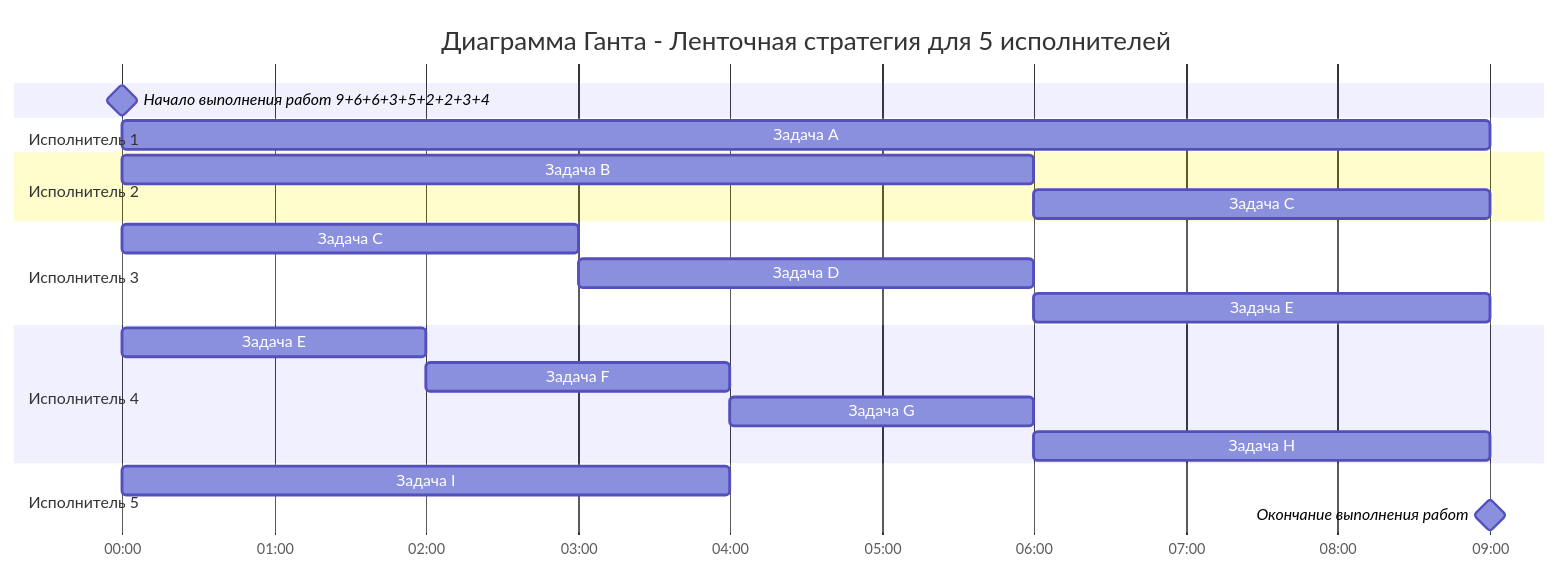
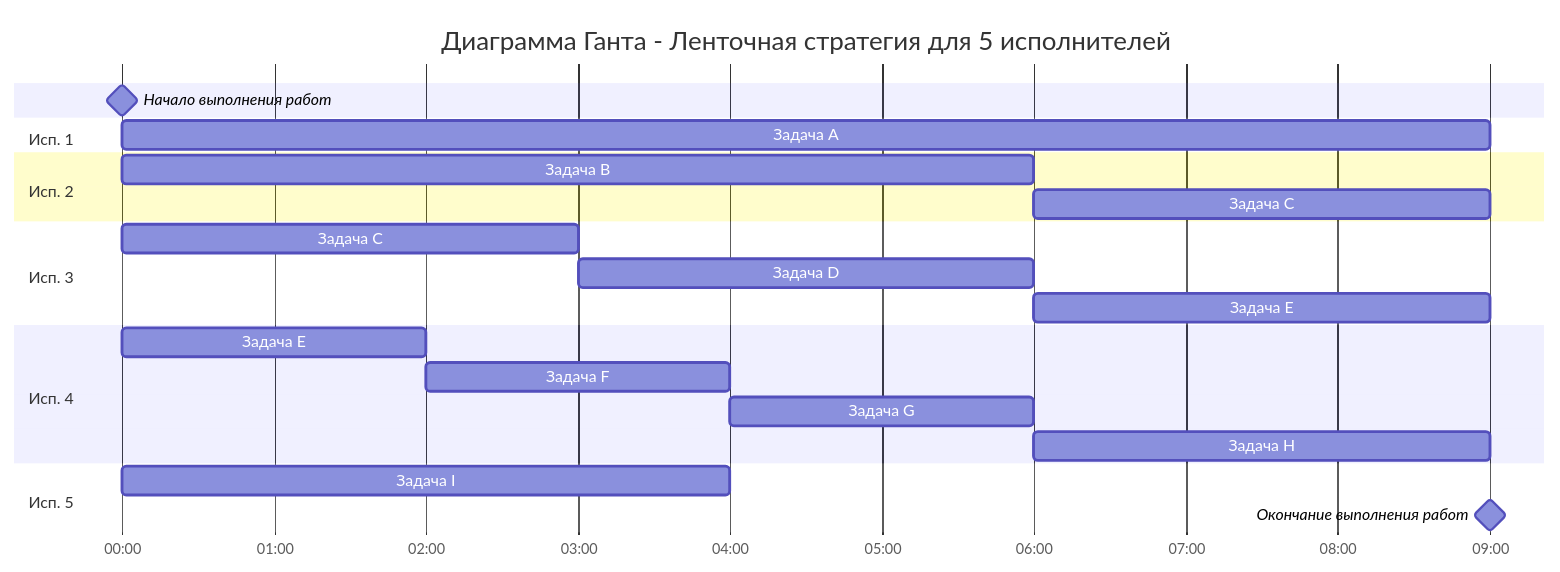
One commit to HSE-algo-23-crow/manual_tasks changed the first of 2 diagrams in task_8/Mongolian_Tomatoes_task_8.md. Above: the diagram before and after it, drawn with Mermaid. The commit also changed other lines of this file, not shown here.

````diff
--- a/task_8/Mongolian_Tomatoes_task_8.md
+++ b/task_8/Mongolian_Tomatoes_task_8.md
@@ -28,24 +28,25 @@
 ```mermaid
 gantt
     title Диаграмма Ганта - Ленточная стратегия для 5 исполнителей
+    todayMarker off
     dateFormat  HH:mm    
     axisFormat %H:%M
-    Начало выполнения работ 9+6+6+3+5+2+2+3+4 : milestone, m1, 00:00, 0h
-    section Исполнитель 1
+    Начало выполнения работ : milestone, m1, 00:00, 0h
+    section Исп. 1
     Задача A            :a1, 00:00, 9h
-    section Исполнитель 2
+    section Исп. 2
     Задача B            :b1, 00:00,  6h
     Задача C            :b2, after b1, 3h
-    section Исполнитель 3
+    section Исп. 3
     Задача C            :c1, 00:00, 3h
     Задача D            :c2, after c1, 3h
     Задача E            :c3,after c2, 3h
-    section Исполнитель 4
+    section Исп. 4
     Задача E            :d1, 00:00, 2h
     Задача F            :d2,after d1, 2h
     Задача G            :d3,after d2, 2h
     Задача H            :d4,after d3, 3h
-    section Исполнитель 5
+    section Исп. 5
     Задача I            :e1, 00:00, 4h
     Окончание выполнения работ : milestone, m2, 09:00, 0h
 ```
````
